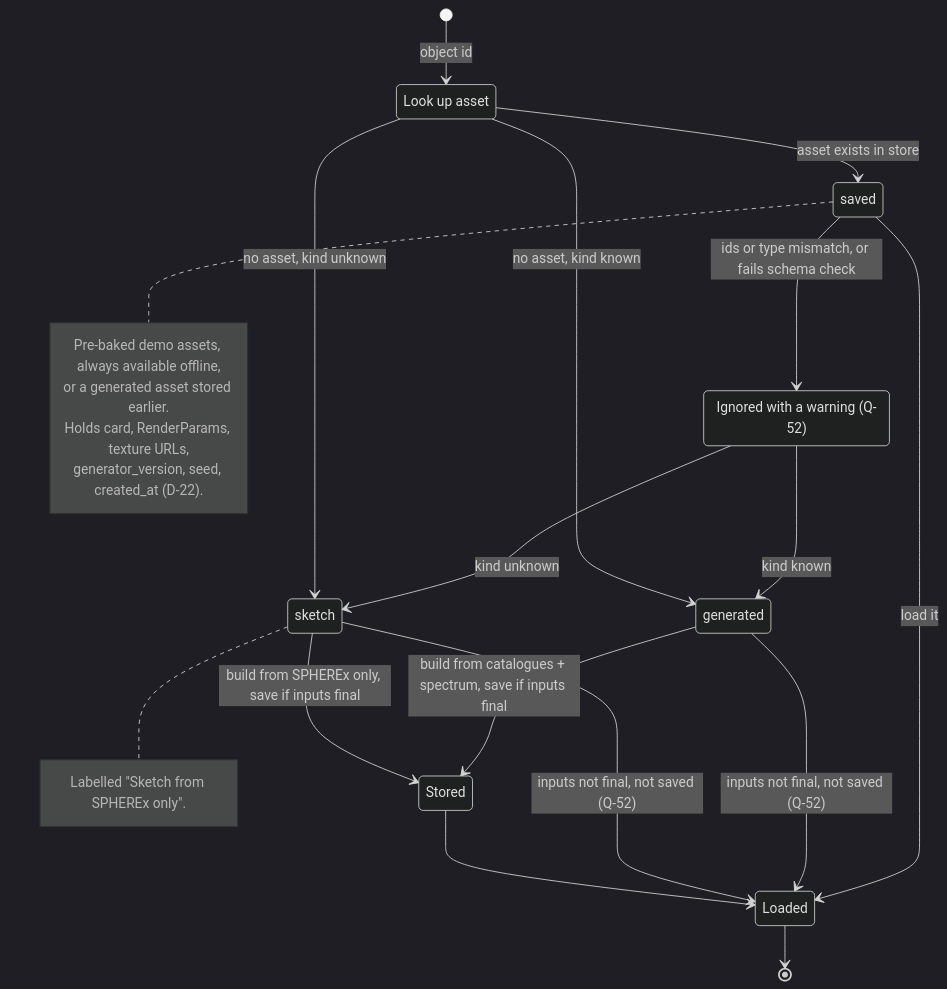
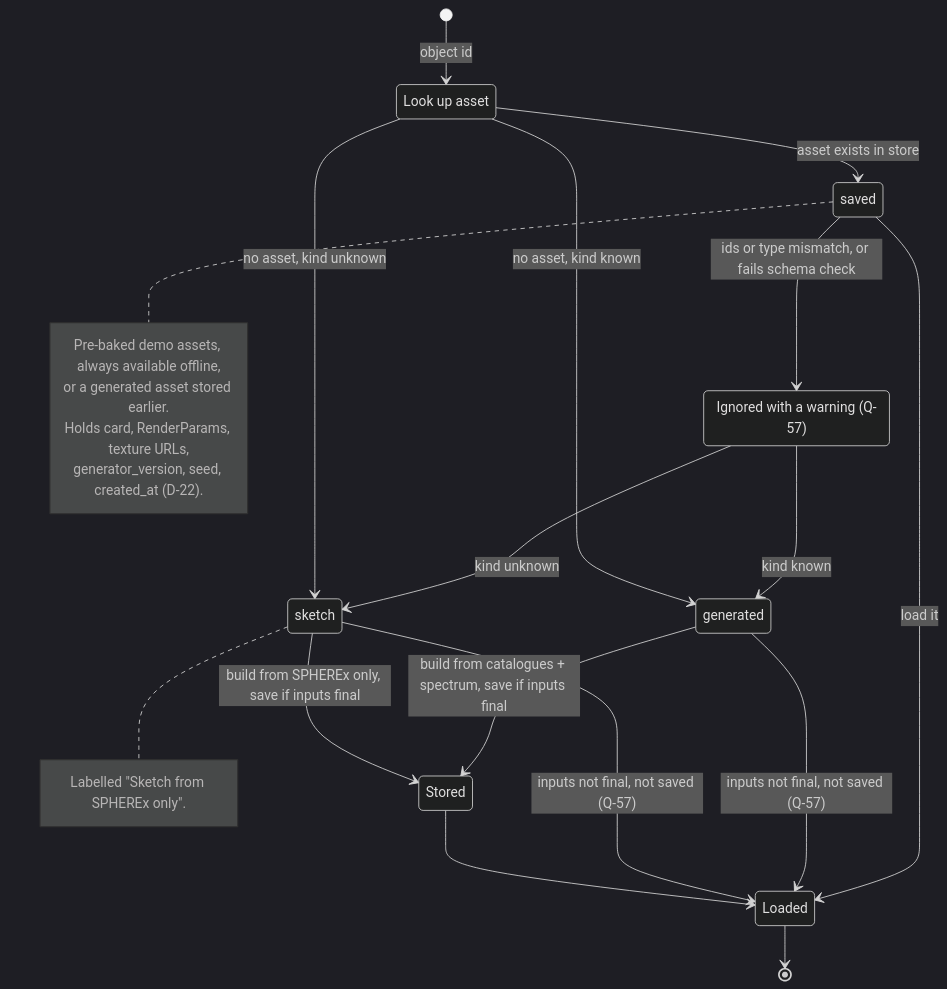
One commit to 0ffrian/SphereX changed the first of 2 diagrams in docs/uml/16-state-asset-lookup.md. Above: the diagram before and after it, drawn with Mermaid (dark theme). The commit also changed other lines of this file and 17 other files, not shown here.

````diff
--- a/docs/uml/16-state-asset-lookup.md
+++ b/docs/uml/16-state-asset-lookup.md
@@ -7,35 +7,35 @@
 ```mermaid
 stateDiagram-v2
   [*] --> Lookup : object id
   Lookup --> Saved : asset exists in store
   Saved --> Rejected : ids or type mismatch, or fails schema check
   Rejected --> Generated : kind known
   Rejected --> Sketch : kind unknown
   Lookup --> Generated : no asset, kind known
   Lookup --> Sketch : no asset, kind unknown
 
   state "Look up asset" as Lookup
   state "saved" as Saved
-  state "Ignored with a warning (Q-52)" as Rejected
+  state "Ignored with a warning (Q-57)" as Rejected
   state "generated" as Generated
   state "sketch" as Sketch
   state "Stored" as Stored
 
   Saved --> Loaded : load it
   Generated --> Stored : build from catalogues + spectrum, save if inputs final
   Sketch --> Stored : build from SPHEREx only, save if inputs final
-  Generated --> Loaded : inputs not final, not saved (Q-52)
-  Sketch --> Loaded : inputs not final, not saved (Q-52)
+  Generated --> Loaded : inputs not final, not saved (Q-57)
+  Sketch --> Loaded : inputs not final, not saved (Q-57)
   Stored --> Loaded
   Loaded --> [*]
 
   note right of Sketch
     Labelled "Sketch from SPHEREx only".
   end note
   note right of Saved
     Pre-baked demo assets, always available offline,
     or a generated asset stored earlier.
     Holds card, RenderParams, texture URLs,
     generator_version, seed, created_at (D-22).
   end note
 ```
````
